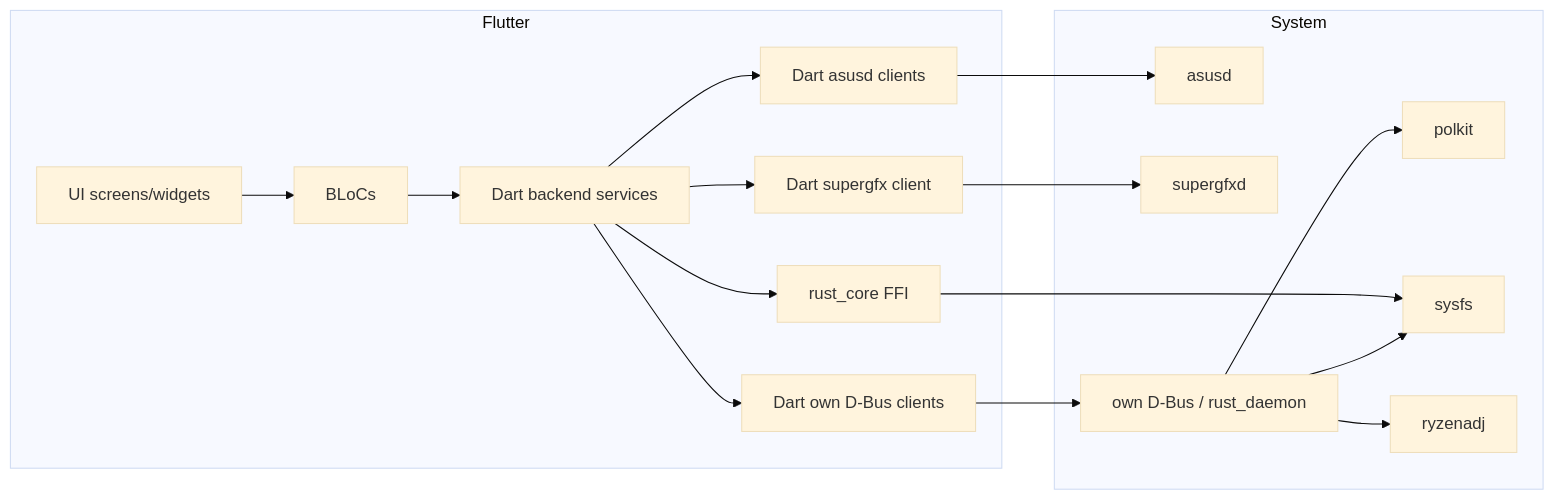
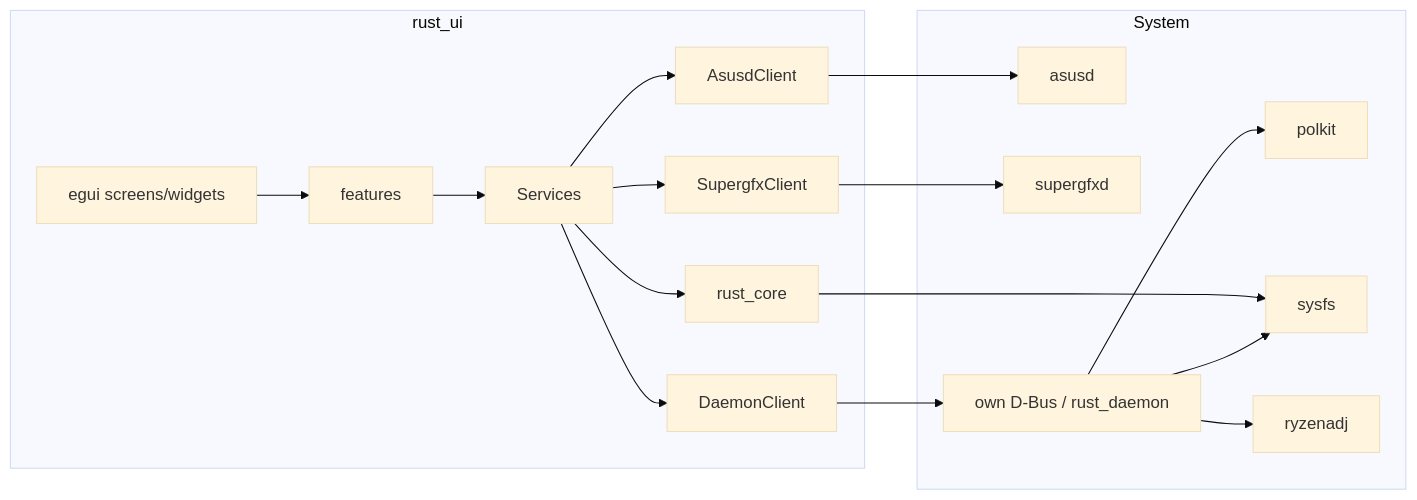
Before and after one commit to RomanYazvinsky/asus-perf-control: the diagram in docs/app-function-interactions.md, drawn with Mermaid (base theme). The commit also changed other lines of this file and 321 other files, not shown here.

First line of the commit message:
refactor: replace Flutter UI with native Rust egui UI

````diff
--- a/docs/app-function-interactions.md
+++ b/docs/app-function-interactions.md
@@ -23,29 +23,29 @@
 ```mermaid
 flowchart LR
-  subgraph Flutter
-    UI[UI screens/widgets]
-    Bloc[BLoCs]
-    Service[Dart backend services]
-    FFI[rust_core FFI]
-    OwnClient[Dart own D-Bus clients]
-    AsusdClient[Dart asusd clients]
-    SupergfxClient[Dart supergfx client]
+  subgraph rust_ui
+    UI[egui screens/widgets]
+    Bloc[features]
+    Service[Services]
+    FFI[rust_core]
+    OwnClient[DaemonClient]
+    AsusdClient[AsusdClient]
+    SupergfxClient[SupergfxClient]
   end
 
   subgraph System
     Asusd[asusd]
     Supergfxd[supergfxd]
     OwnDaemon[own D-Bus / rust_daemon]
     Polkit[polkit]
     Sysfs[sysfs]
     Ryzenadj[ryzenadj]
   end
 
   UI --> Bloc --> Service
   Service --> FFI --> Sysfs
   Service --> OwnClient --> OwnDaemon --> Polkit
   Service --> AsusdClient --> Asusd
   Service --> SupergfxClient --> Supergfxd
   OwnDaemon --> Sysfs
   OwnDaemon --> Ryzenadj
 ```
````
